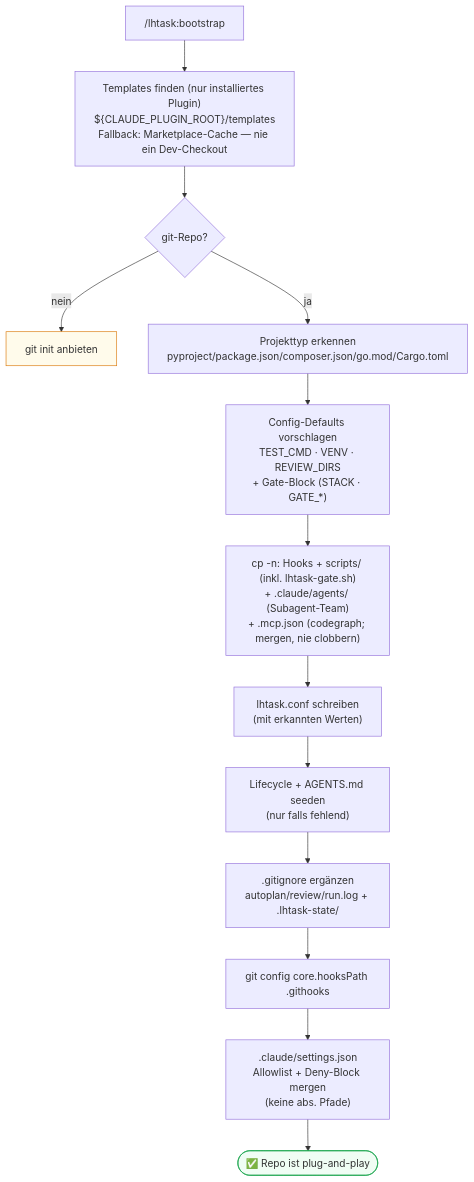
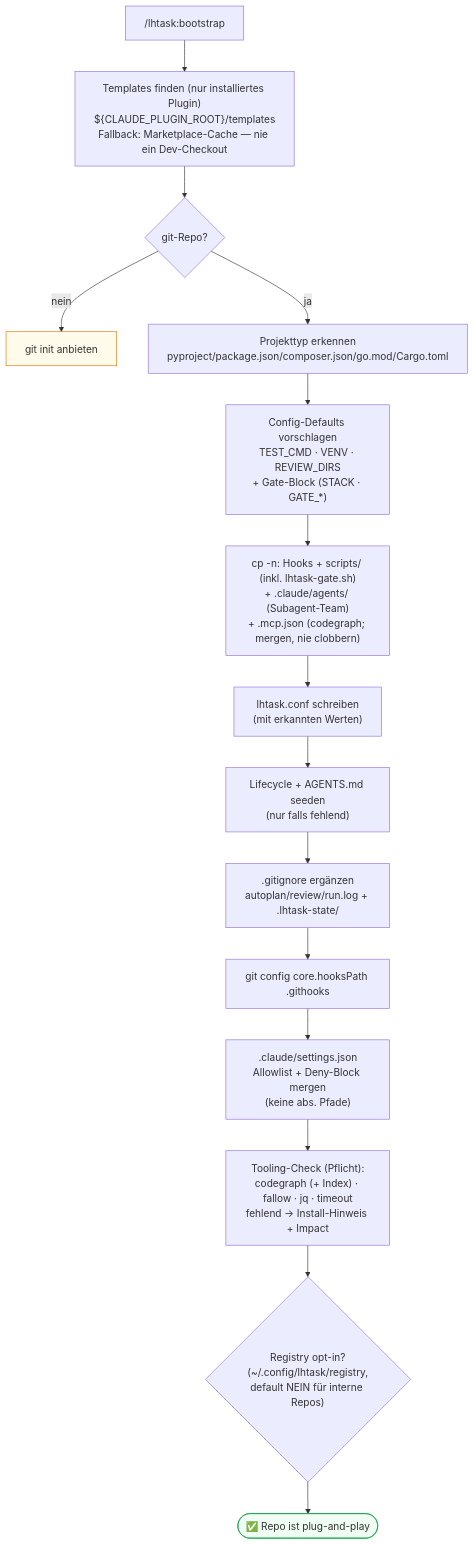
Diagram 11 of 12 in ARCHITECTURE.md (leonhoffmann86/lhtask-plugin), drawn with Mermaid before and after one commit. The commit also changed other lines of this file and 2 other files, not shown here.

Commit message:
docs: refresh CLAUDE/ARCHITECTURE/README for tooling visibility (v0.6.0)

````diff
--- a/ARCHITECTURE.md
+++ b/ARCHITECTURE.md
@@ -460,18 +467,20 @@
 ```mermaid
 flowchart TB
     S0["/lhtask:bootstrap"] --> S1["Templates finden (nur installiertes Plugin)<br/>${CLAUDE_PLUGIN_ROOT}/templates<br/>Fallback: Marketplace-Cache — nie ein Dev-Checkout"]
     S1 --> S2{"git-Repo?"}
     S2 -- "nein" --> OFFER["git init anbieten"]
     S2 -- "ja" --> S3["Projekttyp erkennen<br/>pyproject/package.json/composer.json/go.mod/Cargo.toml"]
     S3 --> S4["Config-Defaults vorschlagen<br/>TEST_CMD · VENV · REVIEW_DIRS<br/>+ Gate-Block (STACK · GATE_*)"]
     S4 --> S5["cp -n: Hooks + scripts/ (inkl. lhtask-gate.sh)<br/>+ .claude/agents/ (Subagent-Team)<br/>+ .mcp.json (codegraph; mergen, nie clobbern)"]
     S5 --> S6["lhtask.conf schreiben<br/>(mit erkannten Werten)"]
     S6 --> S7["Lifecycle + AGENTS.md seeden<br/>(nur falls fehlend)"]
     S7 --> S8[".gitignore ergänzen<br/>autoplan/review/run.log + .lhtask-state/"]
     S8 --> S9["git config core.hooksPath .githooks"]
     S9 --> S10[".claude/settings.json<br/>Allowlist + Deny-Block mergen<br/>(keine abs. Pfade)"]
-    S10 --> DONE(["✅ Repo ist plug-and-play"])
+    S10 --> S11["Tooling-Check (Pflicht):<br/>codegraph (+ Index) · fallow · jq · timeout<br/>fehlend → Install-Hinweis + Impact"]
+    S11 --> S12{"Registry opt-in?<br/>(~/.config/lhtask/registry,<br/>default NEIN für interne Repos)"}
+    S12 --> DONE(["✅ Repo ist plug-and-play"])
 
     style DONE fill:#f0fdf4,stroke:#16a34a
     style OFFER fill:#fffbeb,stroke:#d97706
 ```
````
